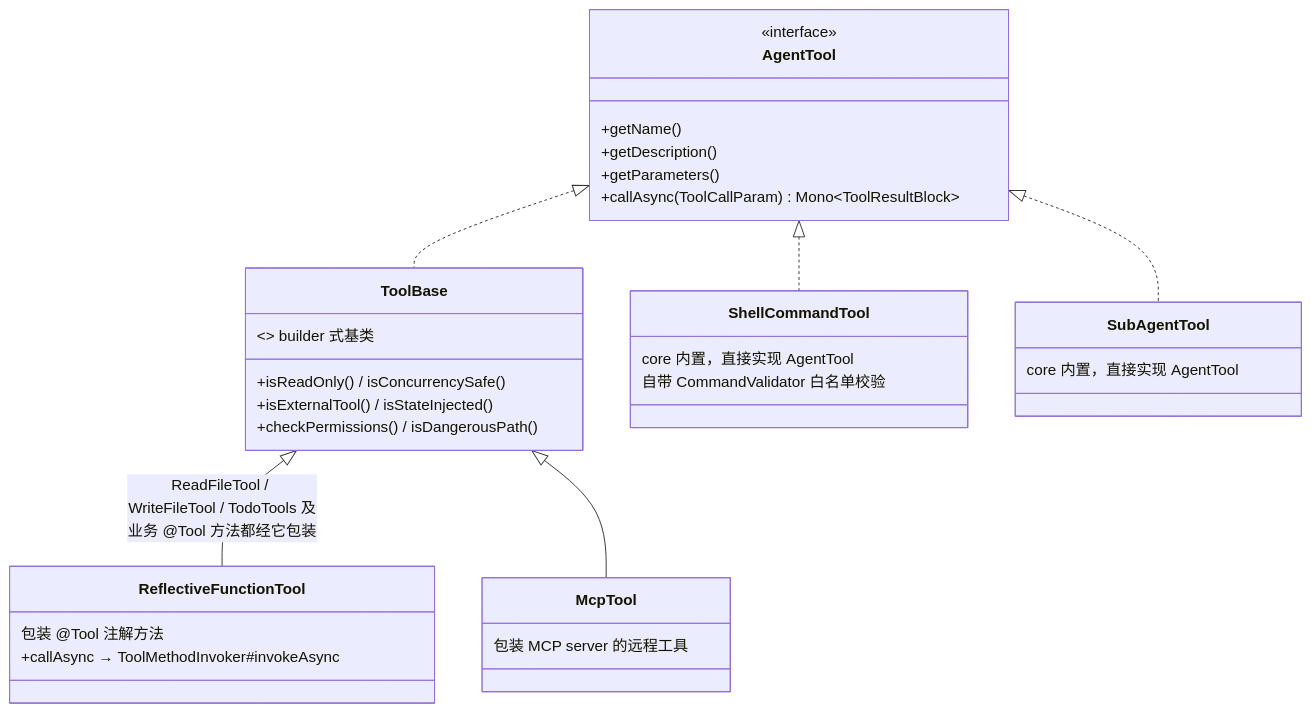
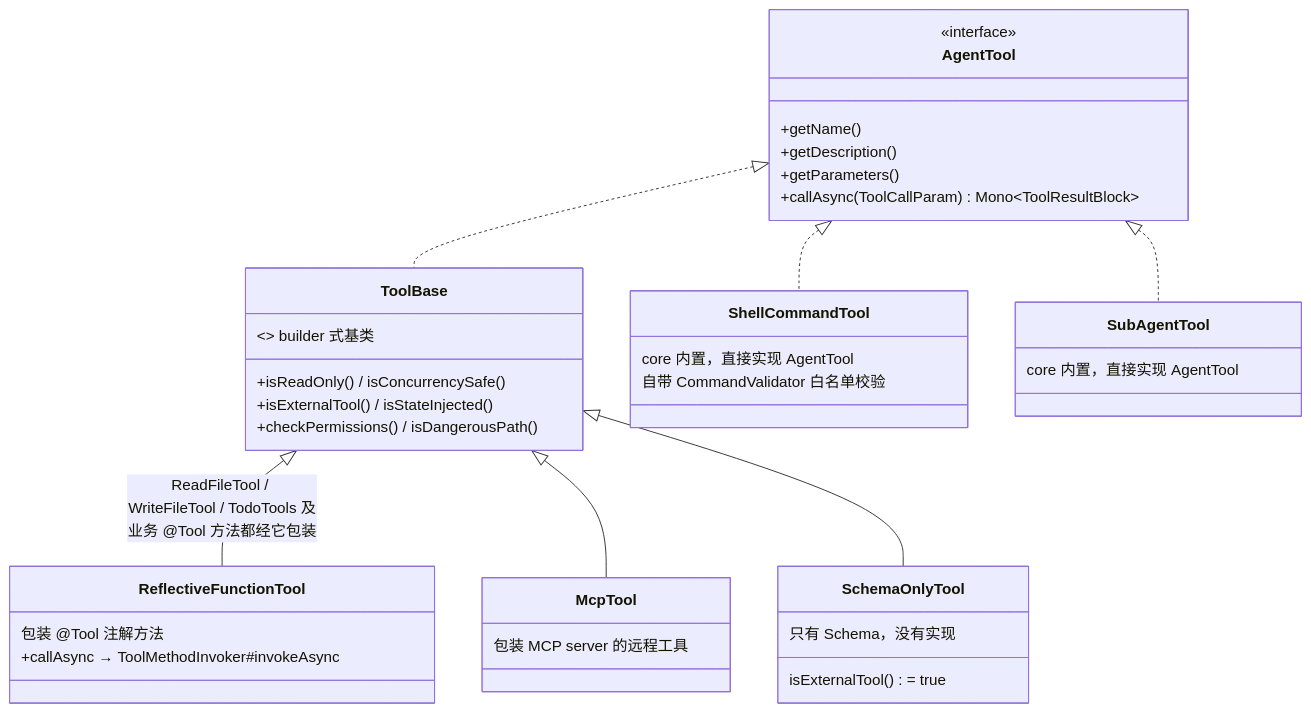
Before and after one commit to liulangjietou/AgentScope-source-analysis: the second of 5 diagrams in 04-工具系统.md, drawn with Mermaid. The commit also changed other lines of this file, not shown here.

Commit message:
docs(ch04): sync tool system to upstream main 2c503d88

````diff
--- a/04-工具系统.md
+++ b/04-工具系统.md
@@ -40,35 +47,40 @@
 ```mermaid
 classDiagram
     class AgentTool {
         <<interface>>
         +getName()
         +getDescription()
         +getParameters()
         +callAsync(ToolCallParam) Mono~ToolResultBlock~
     }
     class ToolBase {
         <<abstract>> builder 式基类
         +isReadOnly() / isConcurrencySafe()
         +isExternalTool() / isStateInjected()
         +checkPermissions() / isDangerousPath()
     }
     class ReflectiveFunctionTool {
         包装 @Tool 注解方法
         +callAsync → ToolMethodInvoker#invokeAsync
     }
     class McpTool {
         包装 MCP server 的远程工具
     }
+    class SchemaOnlyTool {
+        只有 Schema，没有实现
+        isExternalTool() = true
+    }
     class ShellCommandTool {
         core 内置，直接实现 AgentTool
         自带 CommandValidator 白名单校验
     }
     class SubAgentTool {
         core 内置，直接实现 AgentTool
     }
     AgentTool <|.. ToolBase
     ToolBase <|-- ReflectiveFunctionTool : ReadFileTool / WriteFileTool / TodoTools 及业务 @Tool 方法都经它包装
     ToolBase <|-- McpTool
+    ToolBase <|-- SchemaOnlyTool
     AgentTool <|.. ShellCommandTool
     AgentTool <|.. SubAgentTool
 ```
````
